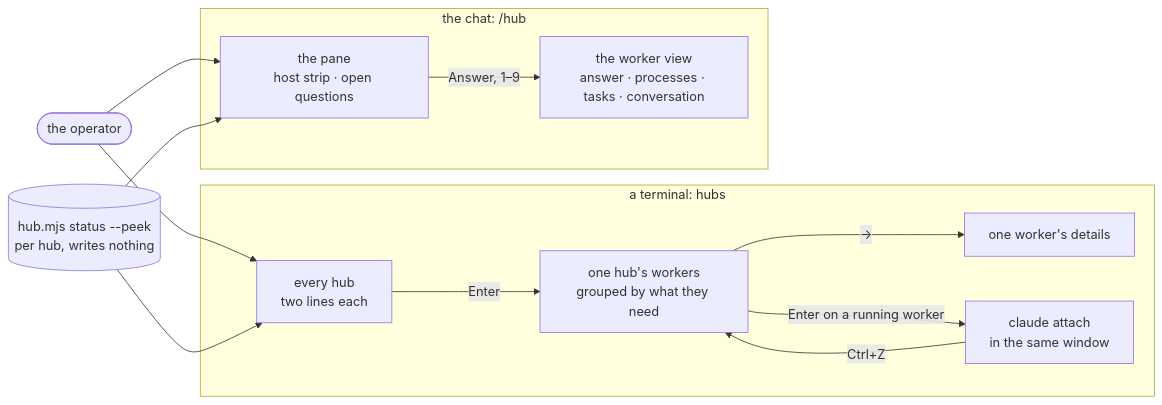
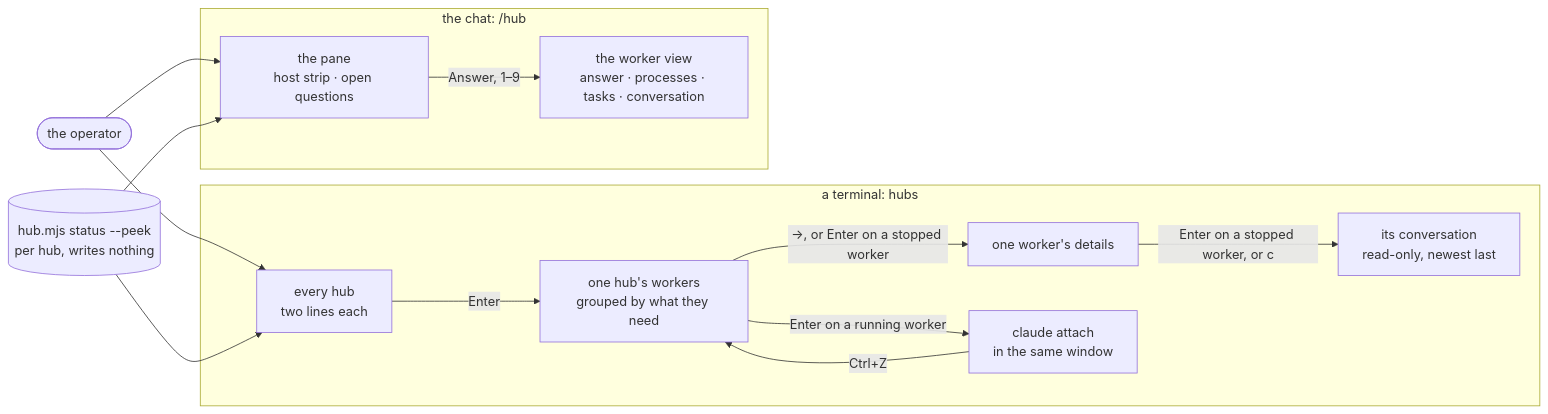
Before and after one commit to gjovanov/roomler-ai: the fifth of 8 diagrams in docs/agent-hub.md, drawn with Mermaid. The commit also changed other lines of this file and 1 other file, not shown here.

````diff
--- a/docs/agent-hub.md
+++ b/docs/agent-hub.md
@@ -373,17 +373,18 @@
 ```mermaid
 flowchart LR
     OP(["the operator"])
     subgraph T["a terminal: hubs"]
         H1["every hub<br/>two lines each"] -- Enter --> H2["one hub's workers<br/>grouped by what they need"]
-        H2 -- "→" --> H3["one worker's details"]
+        H2 -- "→, or Enter on a stopped worker" --> H3["one worker's details"]
+        H3 -- "Enter on a stopped worker, or c" --> CV["its conversation<br/>read-only, newest last"]
         H2 -- "Enter on a running worker" --> AT["claude attach<br/>in the same window"]
         AT -- "Ctrl+Z" --> H2
     end
     subgraph C["the chat: /hub"]
         P1["the pane<br/>host strip · open questions"] -- "Answer, 1–9" --> P2["the worker view<br/>answer · processes · tasks · conversation"]
     end
     OP --> H1
     OP --> P1
     S[("hub.mjs status --peek<br/>per hub, writes nothing")] --> H1
     S --> P1
 ```
````
